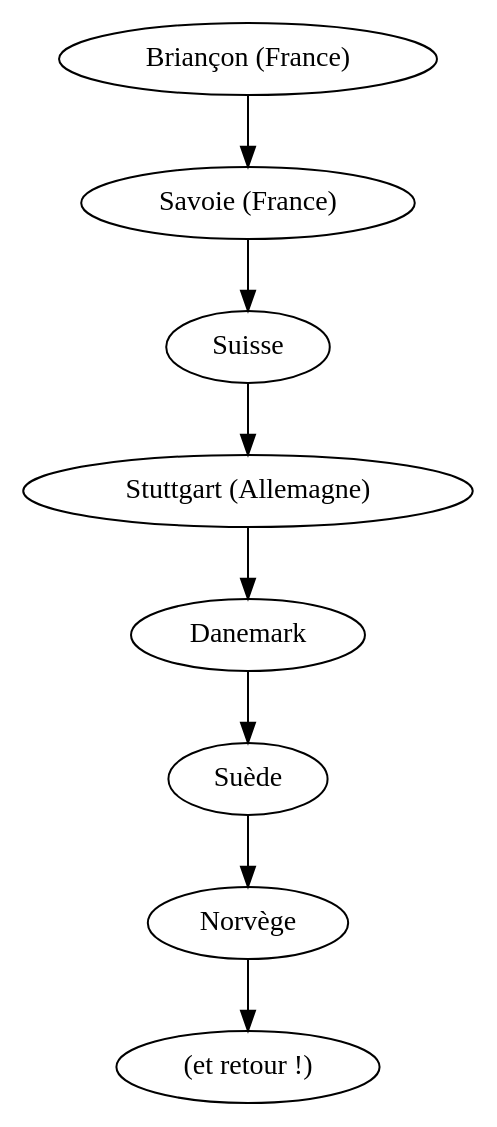
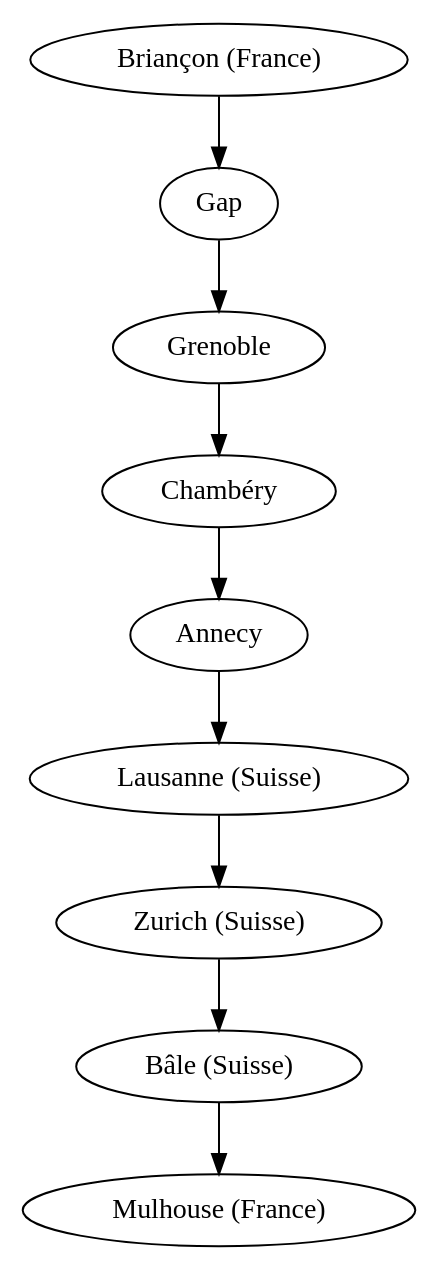
One commit to Naereen/web-sphinx changed the diagram in autostop.fr.rst. Above: the diagram before and after it, drawn with Graphviz. The commit also changed other lines of this file and 2 other files, not shown here.

```diff
--- a/autostop.fr.rst
+++ b/autostop.fr.rst
@@ -33,3 +27,3 @@
 .. digraph:: voyage
 
-   "Briançon (France)" -> "Savoie (France)" -> "Suisse" -> "Stuttgart (Allemagne)" -> "Danemark" -> "Suède" -> "Norvège" -> "(et retour !)";
+   "Briançon (France)" -> "Gap" -> "Grenoble" -> "Chambéry" -> "Annecy" -> "Lausanne (Suisse)" -> "Zurich (Suisse)" -> "Bâle (Suisse)" -> "Mulhouse (France)";
```
